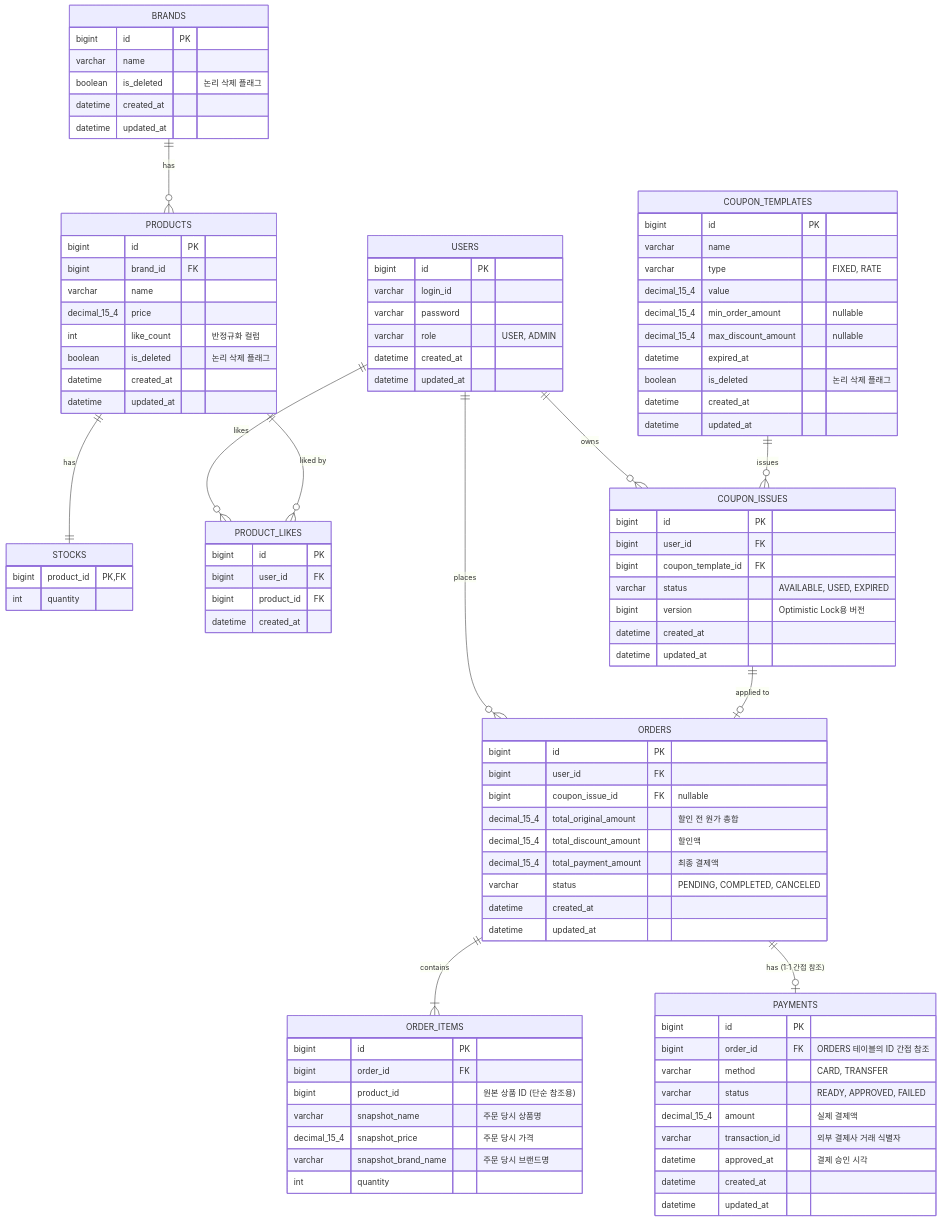
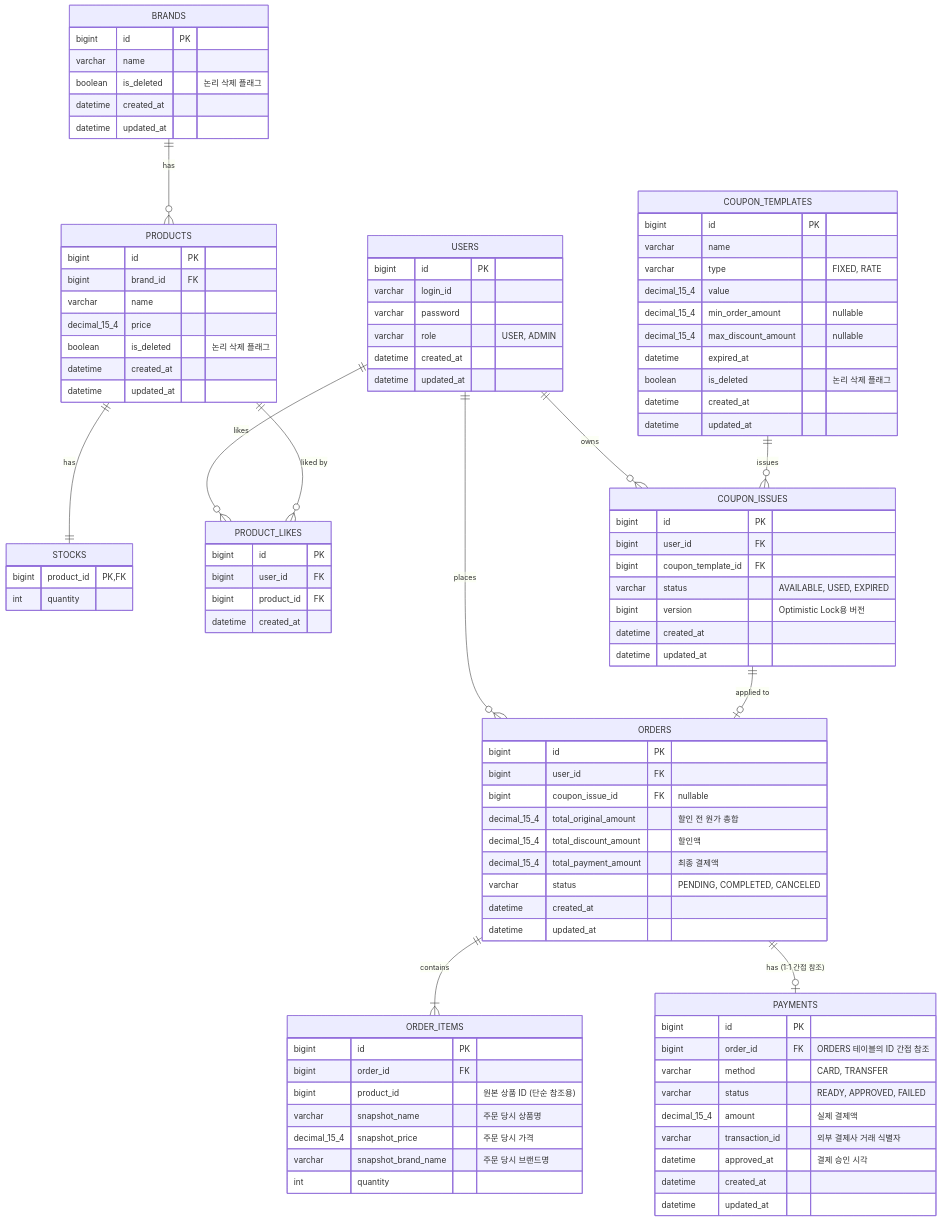
One commit to loopers-labs/loop-pack-be-l2-vol4-java changed the diagram in docs/week2/04-erd.md. Above: the diagram before and after it, drawn with Mermaid. The commit also changed 3 other files, not shown here.

```diff
--- a/docs/week2/04-erd.md
+++ b/docs/week2/04-erd.md
@@ -22,7 +22,6 @@
         bigint brand_id FK
         varchar name
         decimal_15_4 price
-        int like_count "반정규화 컬럼"
         boolean is_deleted "논리 삭제 플래그"
         datetime created_at
         datetime updated_at
@@ -62,6 +61,7 @@
         bigint version "Optimistic Lock용 버전"
         datetime created_at
         datetime updated_at
+        %% Unique Index: (user_id, coupon_template_id)
     }
 
     ORDERS {
```
